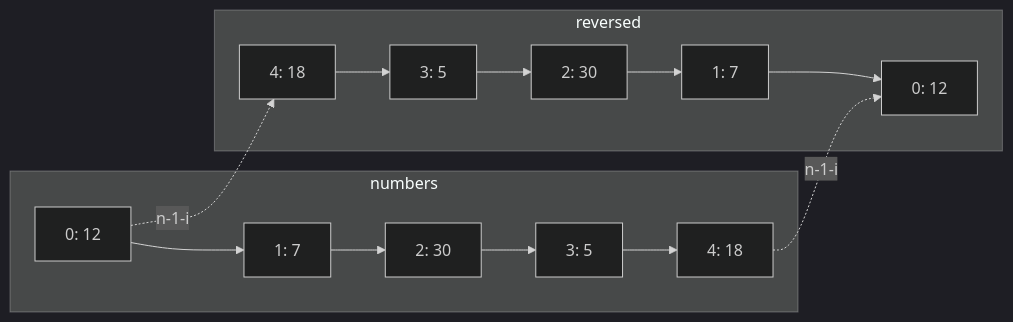
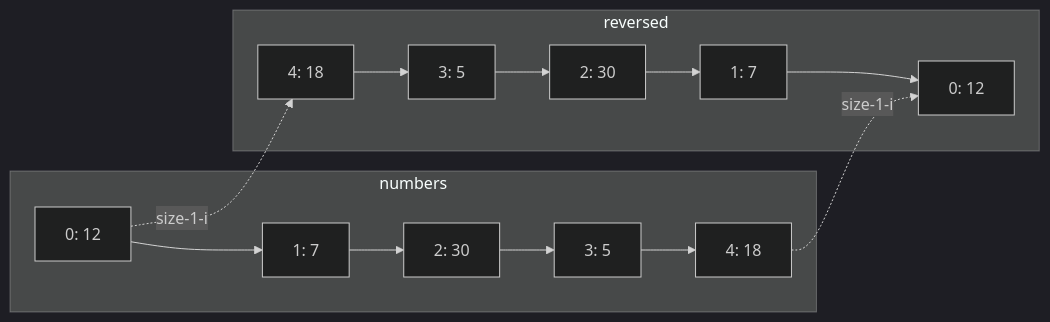
The first of 3 diagrams in c-programing-workshop/session-3/problems/05-reverse-array/README.md (Wameeedh/c-programing-workshop), drawn with Mermaid (dark theme) before and after one commit. The commit also changed other lines of this file and 12 other files, not shown here.

````diff
--- a/c-programing-workshop/session-3/problems/05-reverse-array/README.md
+++ b/c-programing-workshop/session-3/problems/05-reverse-array/README.md
@@ -66,11 +67,11 @@
 ```mermaid
 flowchart LR
     subgraph ORIG["numbers"]
         A0["0: 12"] --> A1["1: 7"] --> A2["2: 30"] --> A3["3: 5"] --> A4["4: 18"]
     end
     subgraph REV["reversed"]
         R4["4: 18"] --> R3["3: 5"] --> R2["2: 30"] --> R1["1: 7"] --> R0["0: 12"]
     end
-    A0 -. "n-1-i" .-> R4
-    A4 -. "n-1-i" .-> R0
+    A0 -. "size-1-i" .-> R4
+    A4 -. "size-1-i" .-> R0
 ```
````
